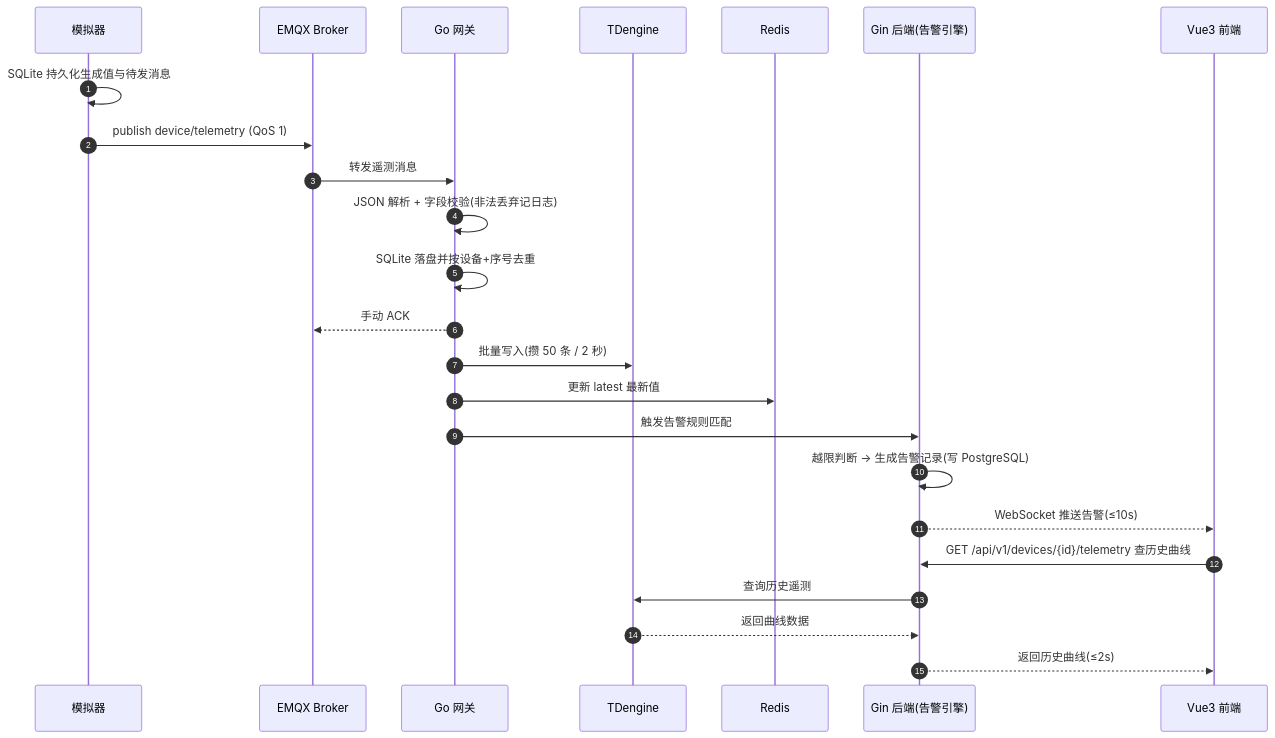
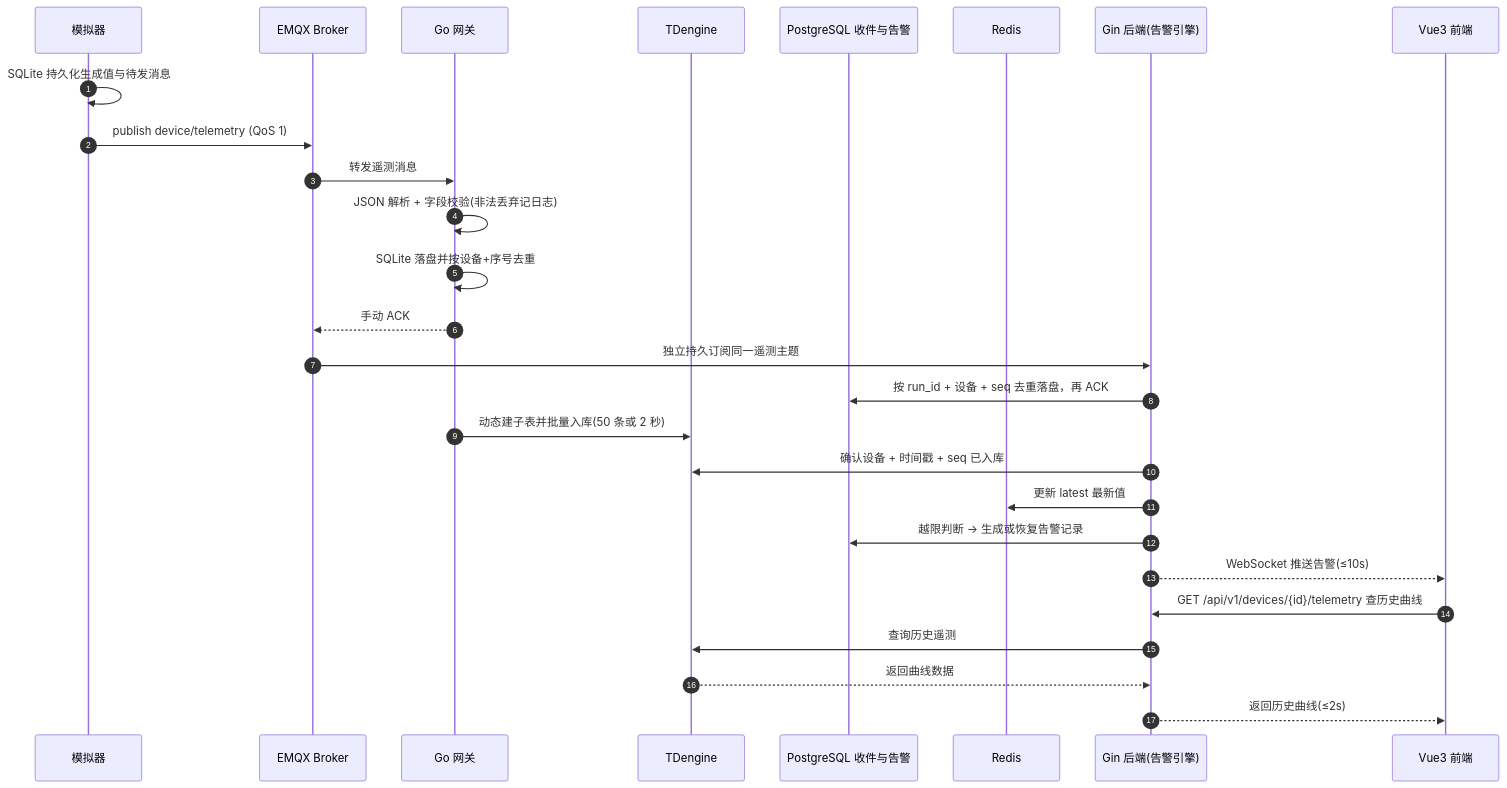
The diagram in 架构设计/02-数据流设计.md (Cyan-carp/PowerSystem), drawn with Mermaid before and after one commit. The commit also changed other lines of this file and 46 other files, not shown here.

````diff
--- a/架构设计/02-数据流设计.md
+++ b/架构设计/02-数据流设计.md
@@ -33,27 +33,30 @@
 ```mermaid
 sequenceDiagram
     autonumber
     participant SIM as 模拟器
     participant MQ as EMQX Broker
     participant GW as Go 网关
     participant TD as TDengine
+    participant PG as PostgreSQL 收件与告警
     participant RED as Redis
     participant BE as Gin 后端(告警引擎)
     participant WEB as Vue3 前端
 
     SIM->>SIM: SQLite 持久化生成值与待发消息
     SIM->>MQ: publish device/telemetry (QoS 1)
     MQ->>GW: 转发遥测消息
     GW->>GW: JSON 解析 + 字段校验(非法丢弃记日志)
     GW->>GW: SQLite 落盘并按设备+序号去重
     GW-->>MQ: 手动 ACK
-    GW->>TD: 批量写入(攒 50 条 / 2 秒)
-    GW->>RED: 更新 latest 最新值
-    GW->>BE: 触发告警规则匹配
-    BE->>BE: 越限判断 → 生成告警记录(写 PostgreSQL)
+    MQ->>BE: 独立持久订阅同一遥测主题
+    BE->>PG: 按 run_id + 设备 + seq 去重落盘，再 ACK
+    GW->>TD: 动态建子表并批量入库(50 条或 2 秒)
+    BE->>TD: 确认设备 + 时间戳 + seq 已入库
+    BE->>RED: 更新 latest 最新值
+    BE->>PG: 越限判断 → 生成或恢复告警记录
     BE-->>WEB: WebSocket 推送告警(≤10s)
     WEB->>BE: GET /api/v1/devices/{id}/telemetry 查历史曲线
     BE->>TD: 查询历史遥测
     TD-->>BE: 返回曲线数据
     BE-->>WEB: 返回历史曲线(≤2s)
 ```
````
